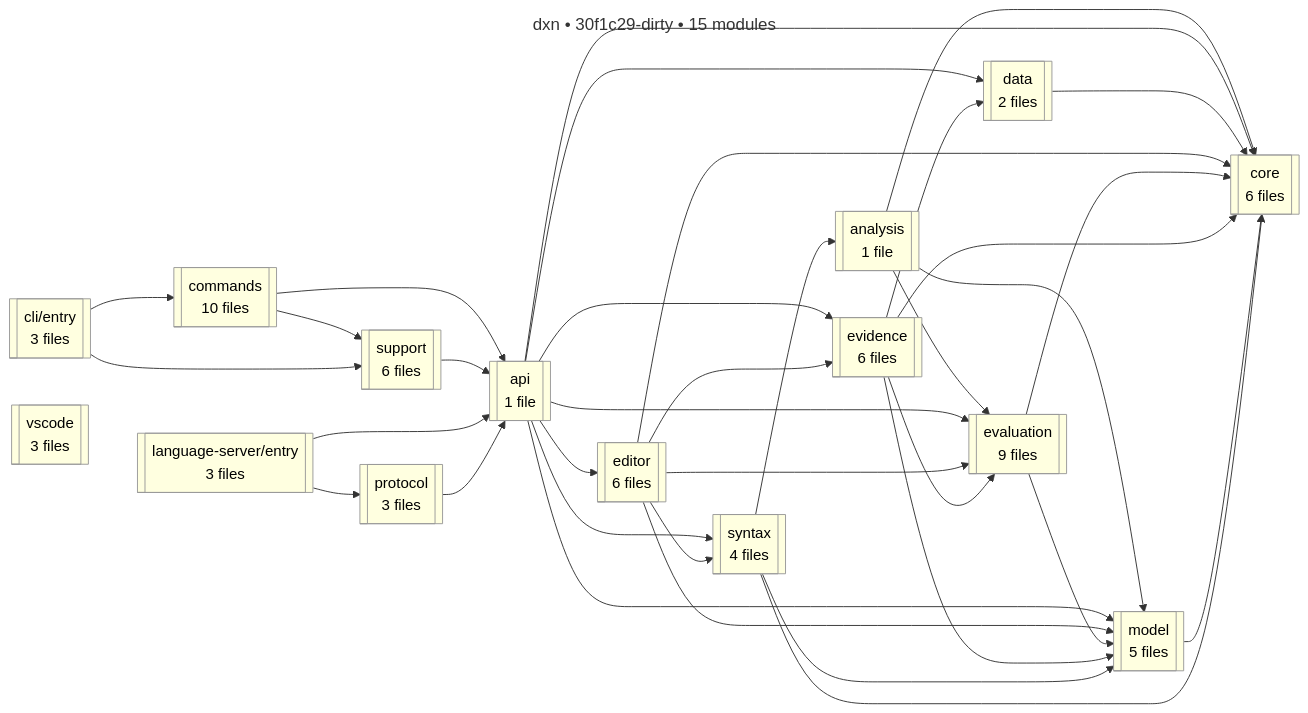
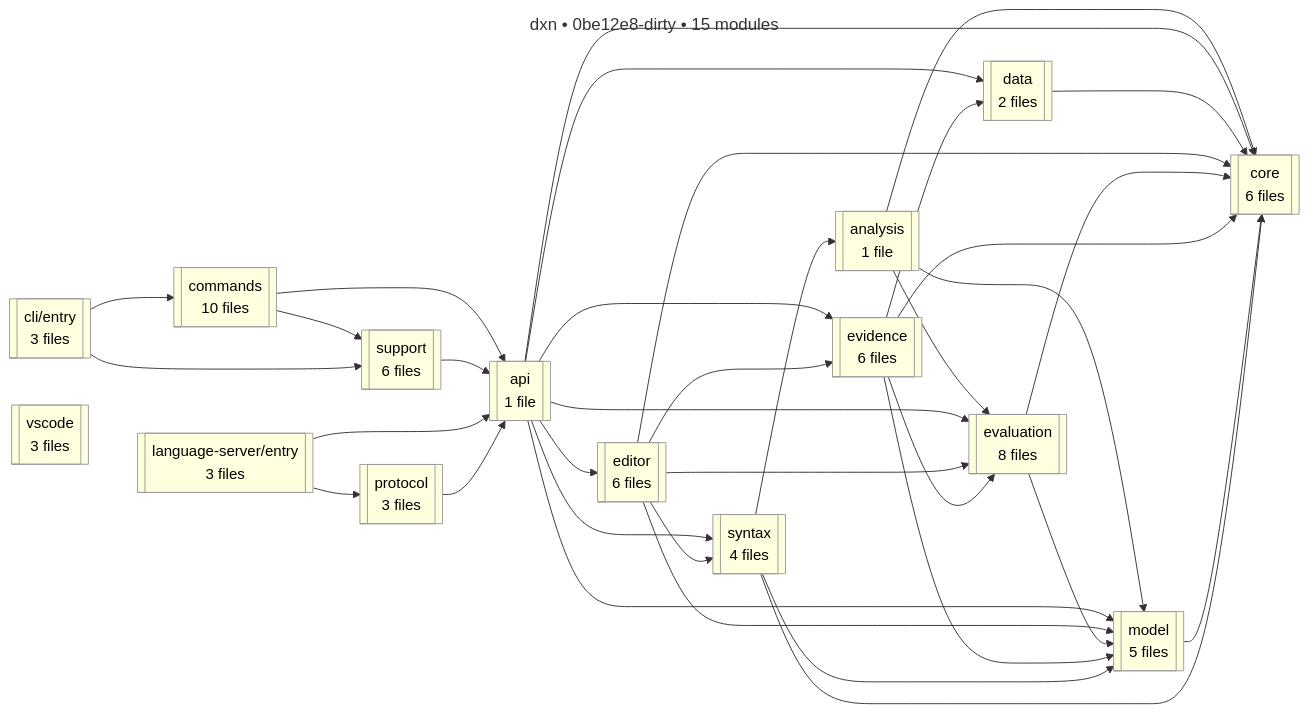
The diagram in docs/architecture/dependencies.mmd (LegacyCodeHQ/dxn), drawn with Mermaid before and after one commit. The commit also changed 18 other files, not shown here.

```diff
--- a/docs/architecture/dependencies.mmd
+++ b/docs/architecture/dependencies.mmd
@@ -1,57 +1,57 @@
 ---
-title: dxn • 30f1c29-dirty • 15 modules
+title: dxn • 0be12e8-dirty • 15 modules
 ---
 flowchart LR
     n0[["commands<br/>10 files"]]
     n1[["cli/entry<br/>3 files"]]
     n2[["support<br/>6 files"]]
     n3[["language-server/entry<br/>3 files"]]
     n4[["protocol<br/>3 files"]]
     n5[["analysis<br/>1 file"]]
     n6[["api<br/>1 file"]]
     n7[["core<br/>6 files"]]
     n8[["data<br/>2 files"]]
     n9[["editor<br/>6 files"]]
-    n10[["evaluation<br/>9 files"]]
+    n10[["evaluation<br/>8 files"]]
     n11[["evidence<br/>6 files"]]
     n12[["model<br/>5 files"]]
     n13[["syntax<br/>4 files"]]
     n14[["vscode<br/>3 files"]]
 
     n0 --> n2
     n0 --> n6
     n1 --> n0
     n1 --> n2
     n2 --> n6
     n3 --> n4
     n3 --> n6
     n4 --> n6
     n5 --> n7
     n5 --> n10
     n5 --> n12
     n6 --> n7
     n6 --> n8
     n6 --> n9
     n6 --> n10
     n6 --> n11
     n6 --> n12
     n6 --> n13
     n8 --> n7
     n9 --> n7
     n9 --> n10
     n9 --> n11
     n9 --> n12
     n9 --> n13
     n10 --> n7
     n10 --> n12
     n11 --> n7
     n11 --> n8
     n11 --> n10
     n11 --> n12
     n12 --> n7
     n13 --> n5
     n13 --> n7
     n13 --> n12
 
     classDef moduleNode fill:#FFFFE0,stroke:#999999,color:#000000
     class n0,n1,n2,n3,n4,n5,n6,n7,n8,n9,n10,n11,n12,n13,n14 moduleNode
```
